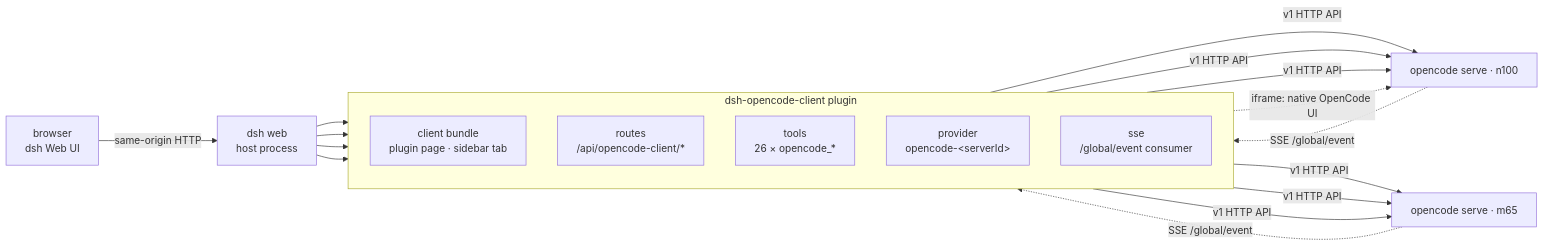
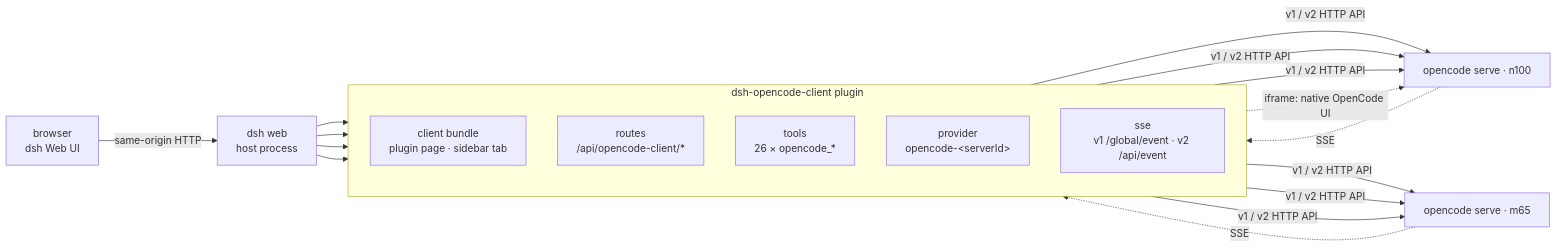
Before and after one commit to yhuan416/dsh-opencode-client: the diagram in README.md, drawn with Mermaid. The commit also changed other lines of this file and 27 other files, not shown here.

````diff
--- a/README.md
+++ b/README.md
@@ -61,29 +82,29 @@
 ```mermaid
 flowchart LR
     BROWSER["browser<br/>dsh Web UI"] -->|"same-origin HTTP"| DSH["dsh web<br/>host process"]
 
     subgraph PLUGIN["dsh-opencode-client plugin"]
         direction TB
         CLIENT["client bundle<br/>plugin page · sidebar tab"]
         ROUTES["routes<br/>/api/opencode-client/*"]
         TOOLS["tools<br/>26 × opencode_*"]
         PROVIDER["provider<br/>opencode-&lt;serverId&gt;"]
-        SSE["sse<br/>/global/event consumer"]
+        SSE["sse<br/>v1 /global/event · v2 /api/event"]
     end
 
     DSH --> CLIENT
     DSH --> ROUTES
     DSH --> TOOLS
     DSH --> PROVIDER
 
-    ROUTES -->|"v1 HTTP API"| N100["opencode serve · n100"]
-    TOOLS -->|"v1 HTTP API"| N100
-    PROVIDER -->|"v1 HTTP API"| N100
-    ROUTES -->|"v1 HTTP API"| M65["opencode serve · m65"]
-    TOOLS -->|"v1 HTTP API"| M65
-    PROVIDER -->|"v1 HTTP API"| M65
+    ROUTES -->|"v1 / v2 HTTP API"| N100["opencode serve · n100"]
+    TOOLS -->|"v1 / v2 HTTP API"| N100
+    PROVIDER -->|"v1 / v2 HTTP API"| N100
+    ROUTES -->|"v1 / v2 HTTP API"| M65["opencode serve · m65"]
+    TOOLS -->|"v1 / v2 HTTP API"| M65
+    PROVIDER -->|"v1 / v2 HTTP API"| M65
 
-    N100 -.->|"SSE /global/event"| SSE
-    M65 -.->|"SSE /global/event"| SSE
+    N100 -.->|"SSE"| SSE
+    M65 -.->|"SSE"| SSE
     CLIENT -.->|"iframe: native OpenCode UI"| N100
 ```
````
